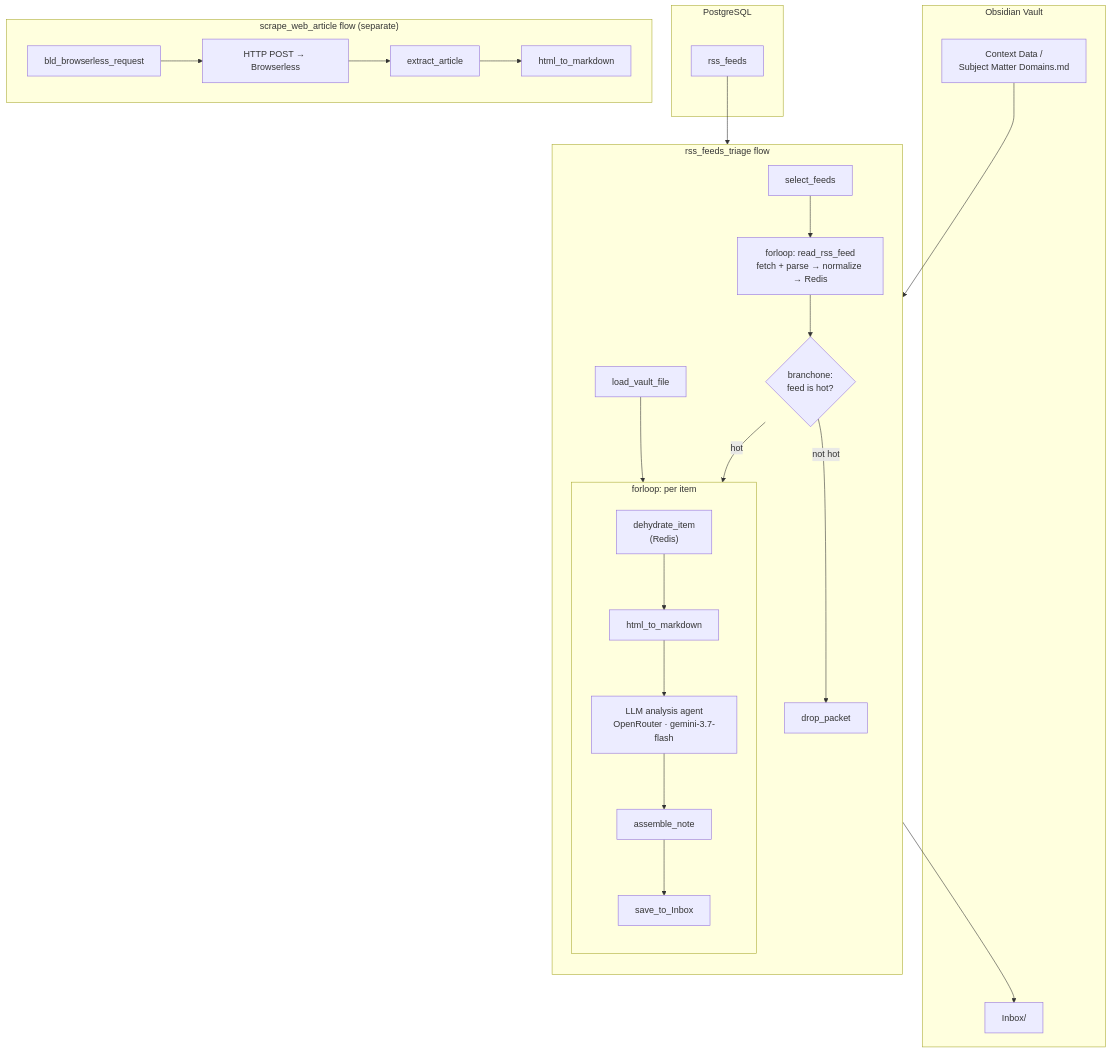
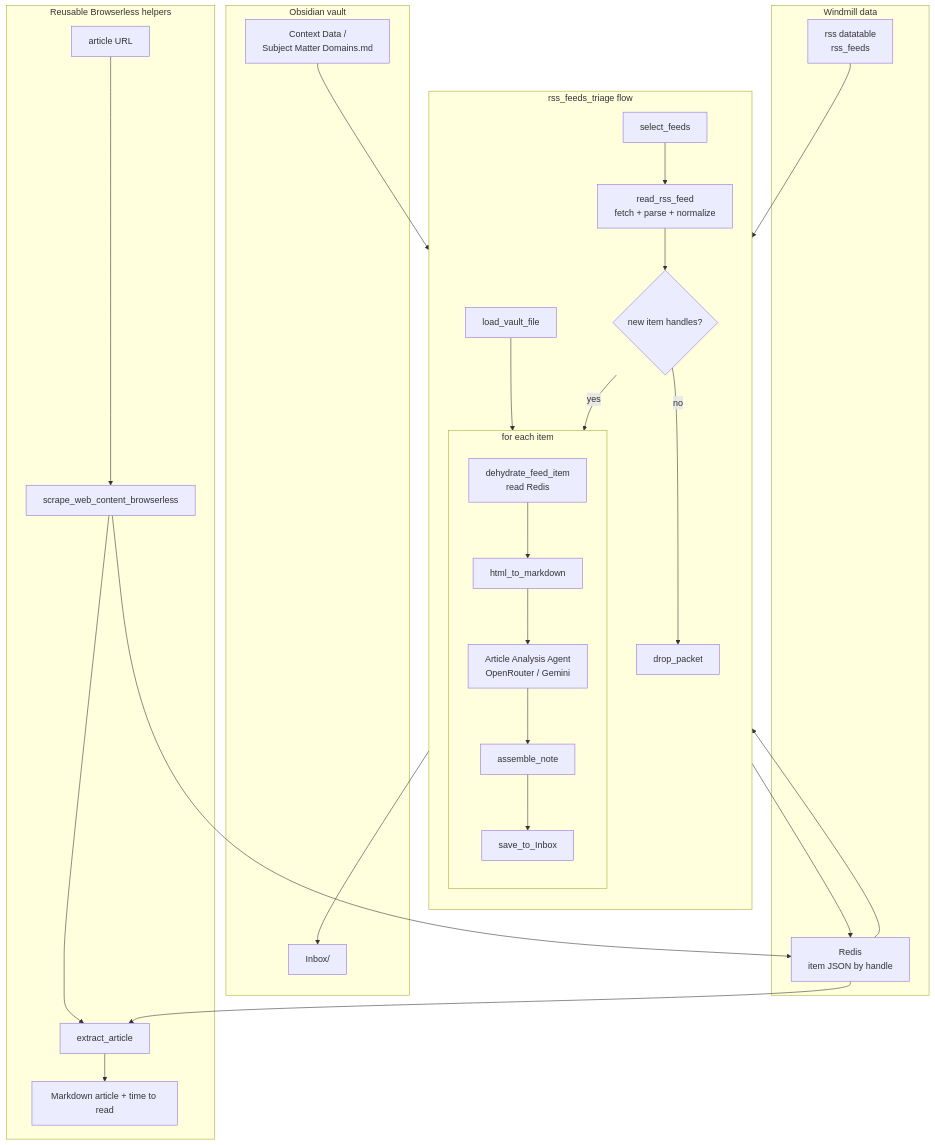
The diagram in README.md (WetHat/obsidian-windmill-agents), drawn with Mermaid before and after one commit. The commit also changed other lines of this file, not shown here.

````diff
--- a/README.md
+++ b/README.md
@@ -13,52 +16,56 @@
 ```mermaid
 flowchart TD
-    subgraph DB["PostgreSQL"]
-        RSS["rss_feeds"]
+    subgraph DATA["Windmill data"]
+        RSS["rss datatable<br/>rss_feeds"]
+        REDIS["Redis<br/>item JSON by handle"]
     end
 
-    subgraph VAULT["Obsidian Vault"]
+    subgraph VAULT["Obsidian vault"]
         DOM["Context Data /<br/>Subject Matter Domains.md"]
         INBOX["Inbox/"]
     end
 
     subgraph TRIAGE["rss_feeds_triage flow"]
         direction TB
         SEL["select_feeds"]
         LD["load_vault_file"]
-        READ["forloop: read_rss_feed<br/>fetch + parse → normalize → Redis"]
-        HOT{"branchone:<br/>feed is hot?"}
-        subgraph ITEM["forloop: per item"]
+        READ["read_rss_feed<br/>fetch + parse + normalize"]
+        HAS{"new item handles?"}
+        subgraph ITEM["for each item"]
             direction TB
-            DEHY["dehydrate_item<br/>(Redis)"]
+            DEHY["dehydrate_feed_item<br/>read Redis"]
             MD["html_to_markdown"]
-            LLM["LLM analysis agent<br/>OpenRouter · gemini-3.7-flash"]
+            LLM["Article Analysis Agent<br/>OpenRouter / Gemini"]
             NOTE["assemble_note"]
             SAVE["save_to_Inbox"]
         end
         COLD["drop_packet"]
     end
 
-    subgraph SCRAPE["scrape_web_article flow (separate)"]
-        direction LR
-        BLD["bld_browserless_request"]
-        POST["HTTP POST → Browserless"]
-        EXT["extract_article"]
-        HMD["html_to_markdown"]
+    subgraph HELPERS["Reusable Browserless helpers"]
+        URL["article URL"]
+        SCRAPE["scrape_web_content_browserless"]
+        EXTRACT["extract_article"]
+        RESULT["Markdown article + time to read"]
     end
 
     RSS --> SEL
     DOM --> LD
     SEL --> READ
     LD --> LLM
-    READ --> HOT
-    HOT -- "hot" --> ITEM
-    HOT -- "not hot" --> COLD
+    READ --> HAS
+    HAS -- "yes" --> ITEM
+    HAS -- "no" --> COLD
+    DEHY --> REDIS
+    REDIS --> DEHY
     DEHY --> MD
     MD --> LLM
     LLM --> NOTE
     NOTE --> SAVE
     SAVE --> INBOX
-    BLD --> POST
-    POST --> EXT
-    EXT --> HMD
+    URL --> SCRAPE
+    SCRAPE --> REDIS
+    SCRAPE --> EXTRACT
+    REDIS --> EXTRACT
+    EXTRACT --> RESULT
 ```
````
